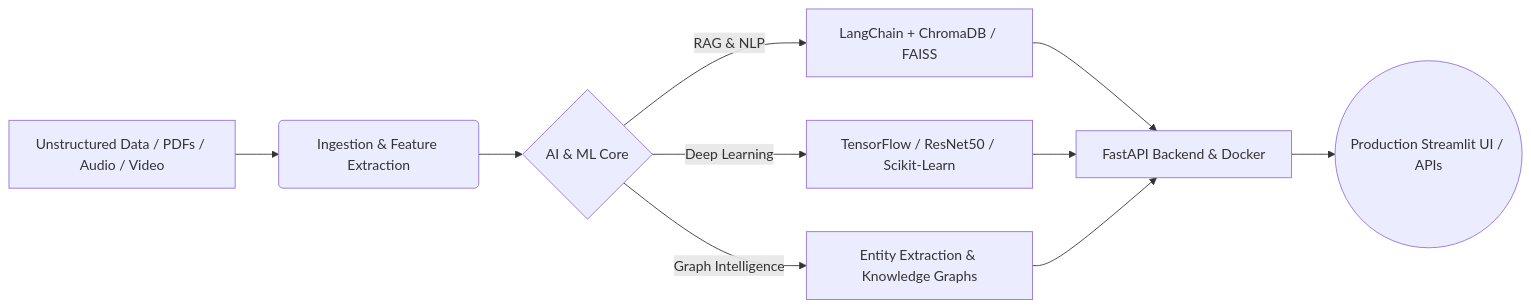
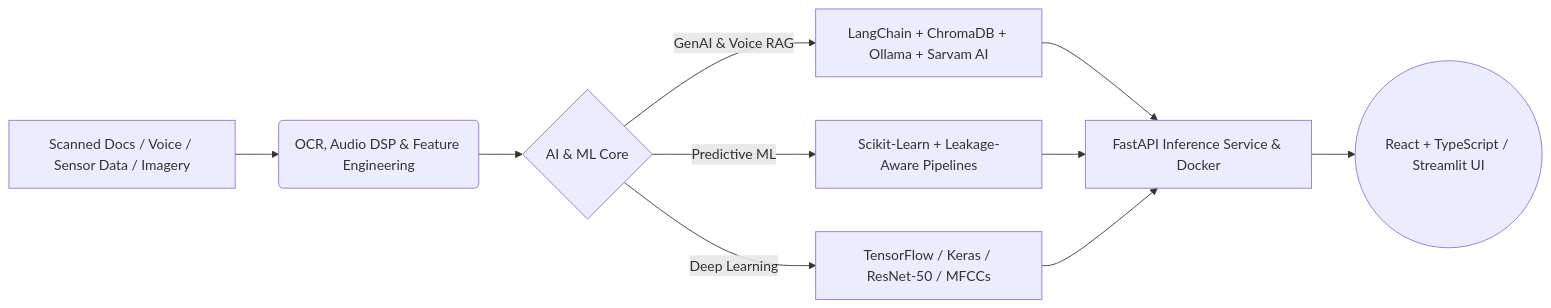
Before and after one commit to Yash-Raj-Ravi/Yash-Raj-Ravi: the diagram in README.md, drawn with Mermaid. The commit also changed other lines of this file, not shown here.

````diff
--- a/README.md
+++ b/README.md
@@ -40,12 +44,12 @@
 ```mermaid
 graph LR
-    A[Unstructured Data / PDFs / Audio / Video] --> B(Ingestion & Feature Extraction)
+    A[Scanned Docs / Voice / Sensor Data / Imagery] --> B(OCR, Audio DSP & Feature Engineering)
     B --> C{AI & ML Core}
-    C -->|RAG & NLP| D[LangChain + ChromaDB / FAISS]
-    C -->|Deep Learning| E[TensorFlow / ResNet50 / Scikit-Learn]
-    C -->|Graph Intelligence| F[Entity Extraction & Knowledge Graphs]
-    D --> G[FastAPI Backend & Docker]
+    C -->|GenAI & Voice RAG| D[LangChain + ChromaDB + Ollama + Sarvam AI]
+    C -->|Predictive ML| E[Scikit-Learn + Leakage-Aware Pipelines]
+    C -->|Deep Learning| F[TensorFlow / Keras / ResNet-50 / MFCCs]
+    D --> G[FastAPI Inference Service & Docker]
     E --> G
     F --> G
-    G --> H((Production Streamlit UI / APIs))
+    G --> H((React + TypeScript / Streamlit UI))
 ```
````
